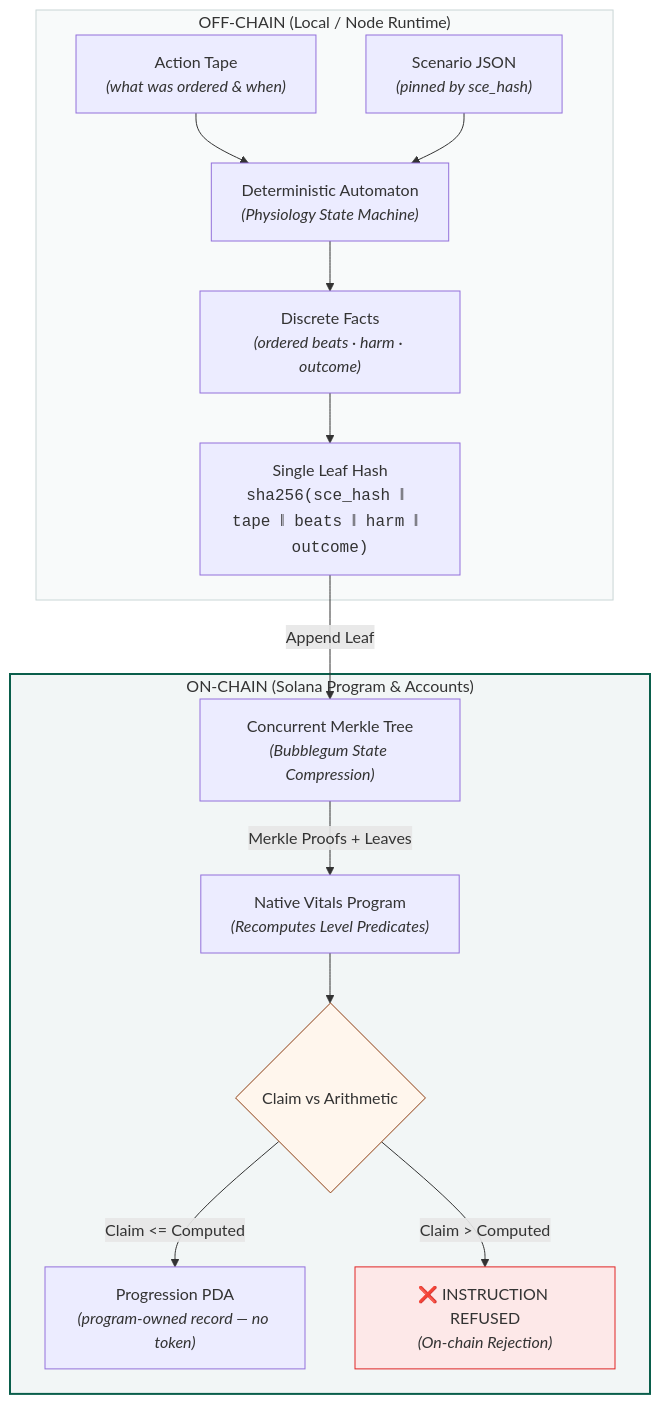
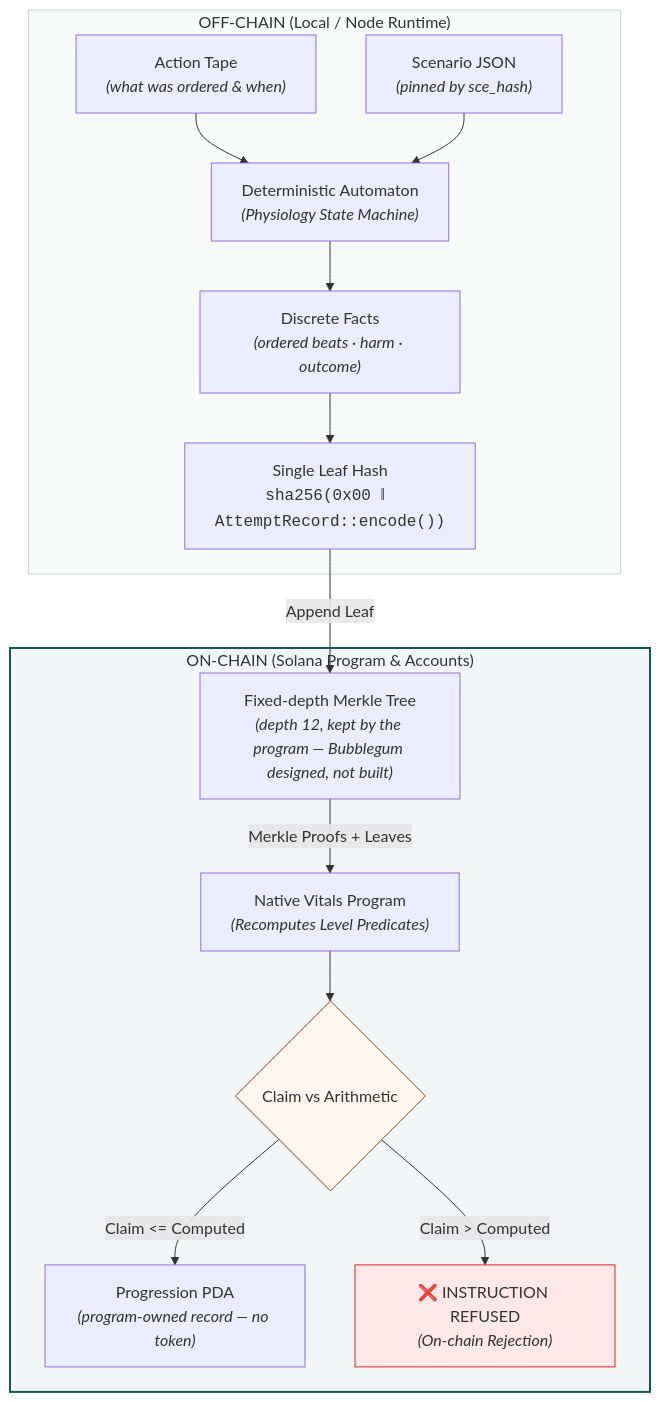
One commit to MegaWiz-Dev-Team/vitals changed the second of 5 diagrams in docs/ARCHITECTURE.md. Above: the diagram before and after it, drawn with Mermaid. The commit also changed other lines of this file and 3 other files, not shown here.

````diff
--- a/docs/ARCHITECTURE.md
+++ b/docs/ARCHITECTURE.md
@@ -51,32 +54,32 @@
 ```mermaid
 flowchart TD
     subgraph OffChain ["OFF-CHAIN (Local / Node Runtime)"]
         Tape["Action Tape<br/><i>(what was ordered & when)</i>"]
         Scenario["Scenario JSON<br/><i>(pinned by sce_hash)</i>"]
         Automaton["Deterministic Automaton<br/><i>(Physiology State Machine)</i>"]
         Facts["Discrete Facts<br/><i>(ordered beats · harm · outcome)</i>"]
-        Leaf["Single Leaf Hash<br/><code>sha256(sce_hash ‖ tape ‖ beats ‖ harm ‖ outcome)</code>"]
+        Leaf["Single Leaf Hash<br/><code>sha256(0x00 ‖ AttemptRecord::encode())</code>"]
 
         Tape & Scenario --> Automaton
         Automaton --> Facts
         Facts --> Leaf
     end
 
     subgraph OnChain ["ON-CHAIN (Solana Program & Accounts)"]
-        Tree["Concurrent Merkle Tree<br/><i>(Bubblegum State Compression)</i>"]
+        Tree["Fixed-depth Merkle Tree<br/><i>(depth 12, kept by the program — Bubblegum designed, not built)</i>"]
         Program["Native Vitals Program<br/><i>(Recomputes Level Predicates)</i>"]
         Progression["Progression PDA<br/><i>(program-owned record — no token)</i>"]
         Refusal{"Claim vs Arithmetic"}
 
         Leaf -->|Append Leaf| Tree
         Tree -->|Merkle Proofs + Leaves| Program
         Program --> Refusal
         Refusal -->|Claim <= Computed| Progression
         Refusal -->|Claim > Computed| Reject["❌ INSTRUCTION REFUSED<br/><i>(On-chain Rejection)</i>"]
     end
 
     style OffChain fill:#F8FAFA,stroke:#C9D6D6,stroke-width:1px
     style OnChain fill:#F2F6F6,stroke:#0A5E4B,stroke-width:2px
     style Refusal fill:#FFF6ED,stroke:#8E3D11,stroke-width:1px
     style Reject fill:#FDE8E8,stroke:#E02424,stroke-width:1px
 ```
````
